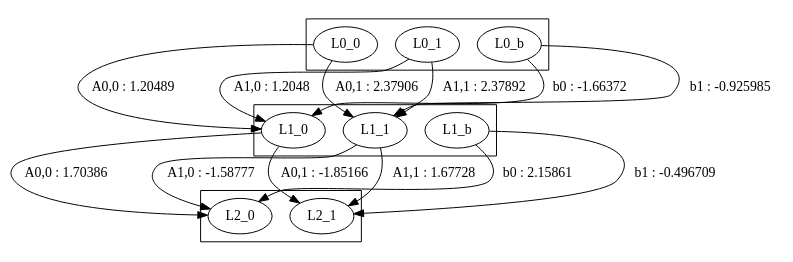
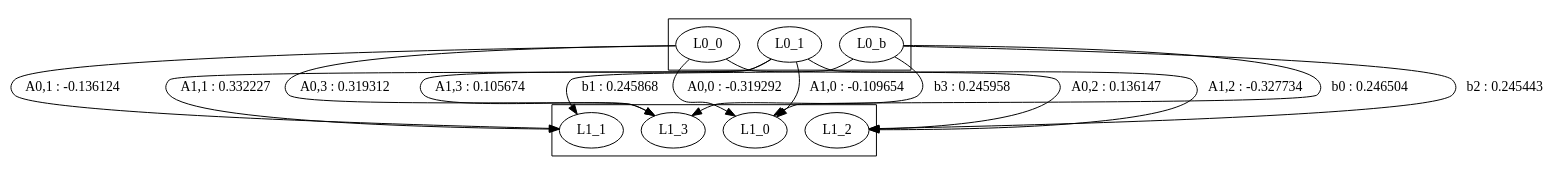
Before and after one commit to alex6792/ImageProcessingLib: the diagram in test.dot, drawn with Graphviz. The commit also changed 9 other files, not shown here.

```diff
--- a/test.dot
+++ b/test.dot
@@ -1,28 +1,25 @@
 digraph G {
 	subgraph cluster_0 {
 		L0_0;
 		L0_1;
 		L0_b;
 	}
 	subgraph cluster_1 {
 		L1_0;
 		L1_1;
-		L1_b;
+		L1_2;
+		L1_3;
 	}
-	subgraph cluster_2 {
-		L2_0;
-		L2_1;
-	}
-	L0_0->L1_0 [label = "A0,0 : 1.20489" ];
-	L0_1->L1_0 [label = "A1,0 : 1.2048" ];
-	L0_b->L1_0 [label = "b0 : -1.66372" ];
-	L0_0->L1_1 [label = "A0,1 : 2.37906" ];
-	L0_1->L1_1 [label = "A1,1 : 2.37892" ];
-	L0_b->L1_1 [label = "b1 : -0.925985" ];
-	L1_0->L2_0 [label = "A0,0 : 1.70386" ];
-	L1_1->L2_0 [label = "A1,0 : -1.58777" ];
-	L1_b->L2_0 [label = "b0 : 2.15861" ];
-	L1_0->L2_1 [label = "A0,1 : -1.85166" ];
-	L1_1->L2_1 [label = "A1,1 : 1.67728" ];
-	L1_b->L2_1 [label = "b1 : -0.496709" ];
+	L0_0->L1_0 [label = "A0,0 : -0.319292" ];
+	L0_1->L1_0 [label = "A1,0 : -0.109654" ];
+	L0_b->L1_0 [label = "b0 : 0.246504" ];
+	L0_0->L1_1 [label = "A0,1 : -0.136124" ];
+	L0_1->L1_1 [label = "A1,1 : 0.332227" ];
+	L0_b->L1_1 [label = "b1 : 0.245868" ];
+	L0_0->L1_2 [label = "A0,2 : 0.136147" ];
+	L0_1->L1_2 [label = "A1,2 : -0.327734" ];
+	L0_b->L1_2 [label = "b2 : 0.245443" ];
+	L0_0->L1_3 [label = "A0,3 : 0.319312" ];
+	L0_1->L1_3 [label = "A1,3 : 0.105674" ];
+	L0_b->L1_3 [label = "b3 : 0.245958" ];
 }
```
